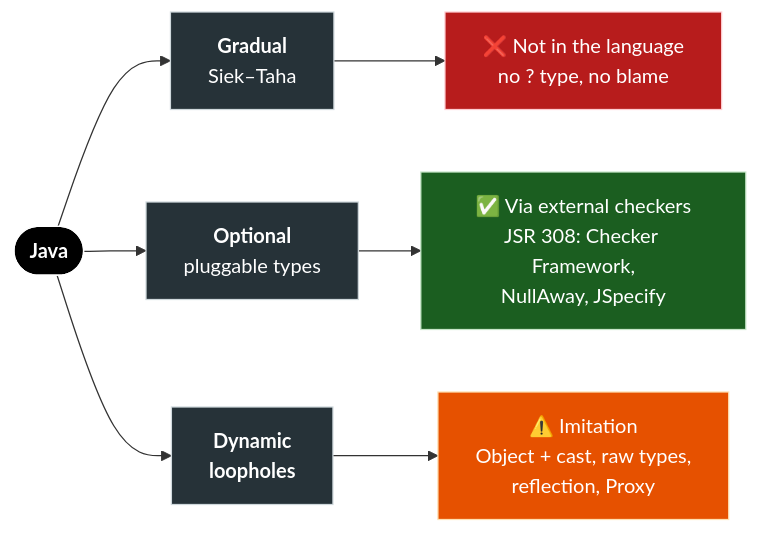
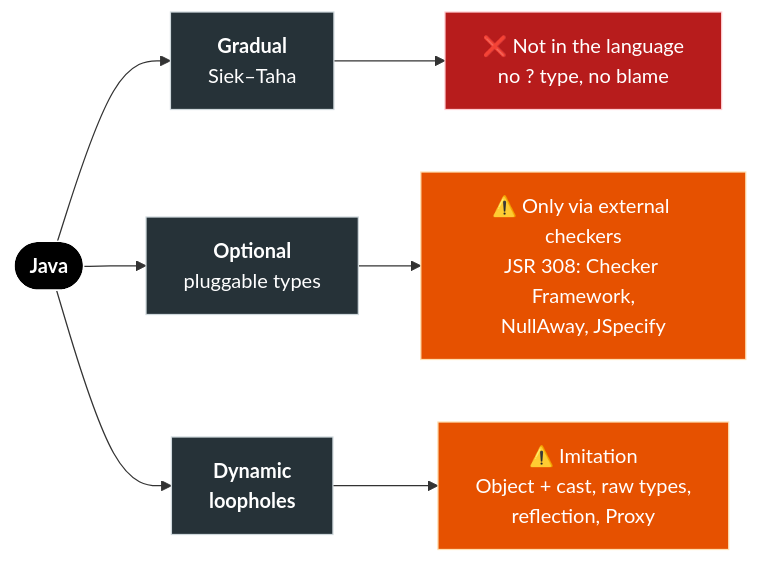
One commit to akardapolov/software-atlas changed the eighth of 8 diagrams in docs/maps/paradigms-map.md. Above: the diagram before and after it, drawn with Mermaid. The commit also changed other lines of this file, not shown here.

````diff
--- a/docs/maps/paradigms-map.md
+++ b/docs/maps/paradigms-map.md
@@ -974,22 +990,20 @@
 ```mermaid
 flowchart LR
     J(["<b>Java</b>"])
     J --> G["<b>Gradual</b><br/>Siek–Taha"]
     J --> O["<b>Optional</b><br/>pluggable types"]
     J --> D["<b>Dynamic<br/>loopholes</b>"]
 
     G --> G1["❌ Not in the language<br/>no ? type, no blame"]
-    O --> O1["✅ Via external checkers<br/>JSR 308: Checker Framework,<br/>NullAway, JSpecify"]
+    O --> O1["⚠️ Only via external checkers<br/>JSR 308: Checker Framework,<br/>NullAway, JSpecify"]
     D --> D1["⚠️ Imitation<br/>Object + cast, raw types,<br/>reflection, Proxy"]
 
     classDef root fill:#000,color:#fff,stroke:#fff
     classDef no fill:#b71c1c,color:#fff,stroke:#ffcdd2
-    classDef yes fill:#1b5e20,color:#fff,stroke:#c8e6c9
-    classDef mid fill:#e65100,color:#fff,stroke:#ffe0b2
+    classDef part fill:#e65100,color:#fff,stroke:#ffe0b2
     classDef cat fill:#263238,color:#fff,stroke:#cfd8dc
     class J root
     class G,O,D cat
     class G1 no
-    class O1 yes
-    class D1 mid
+    class O1,D1 part
 ```
````
